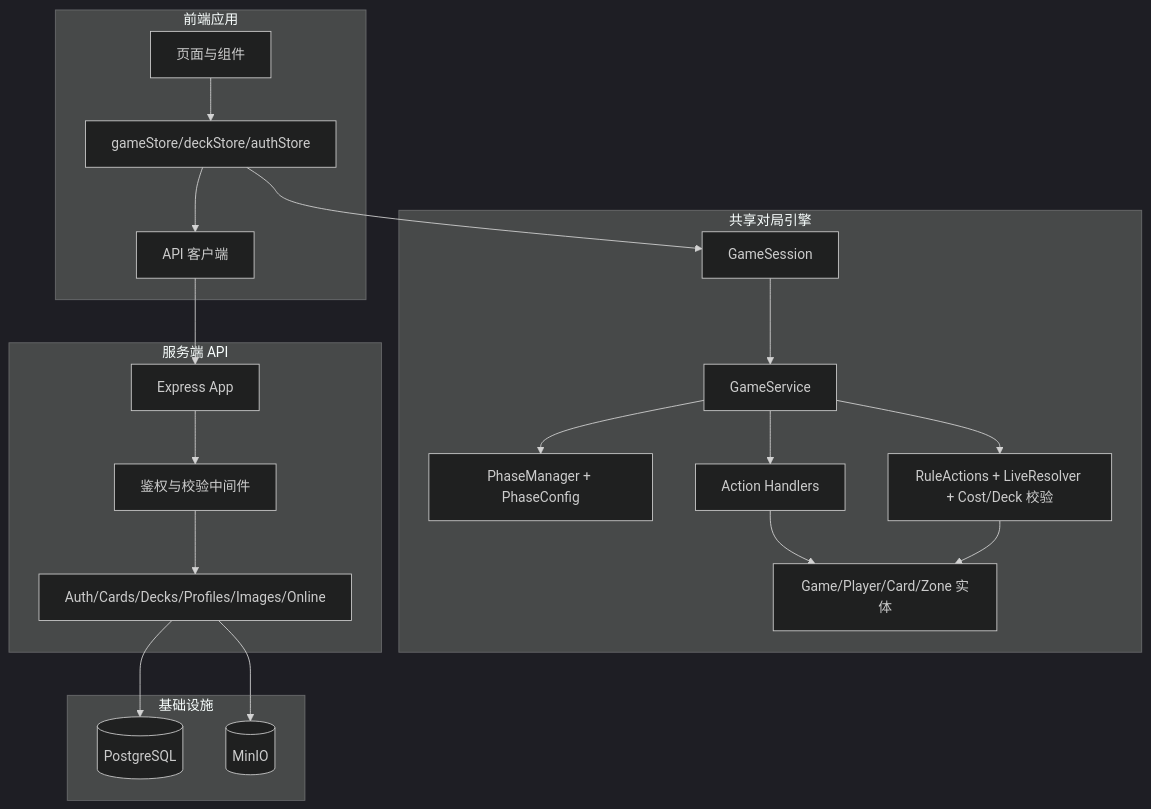
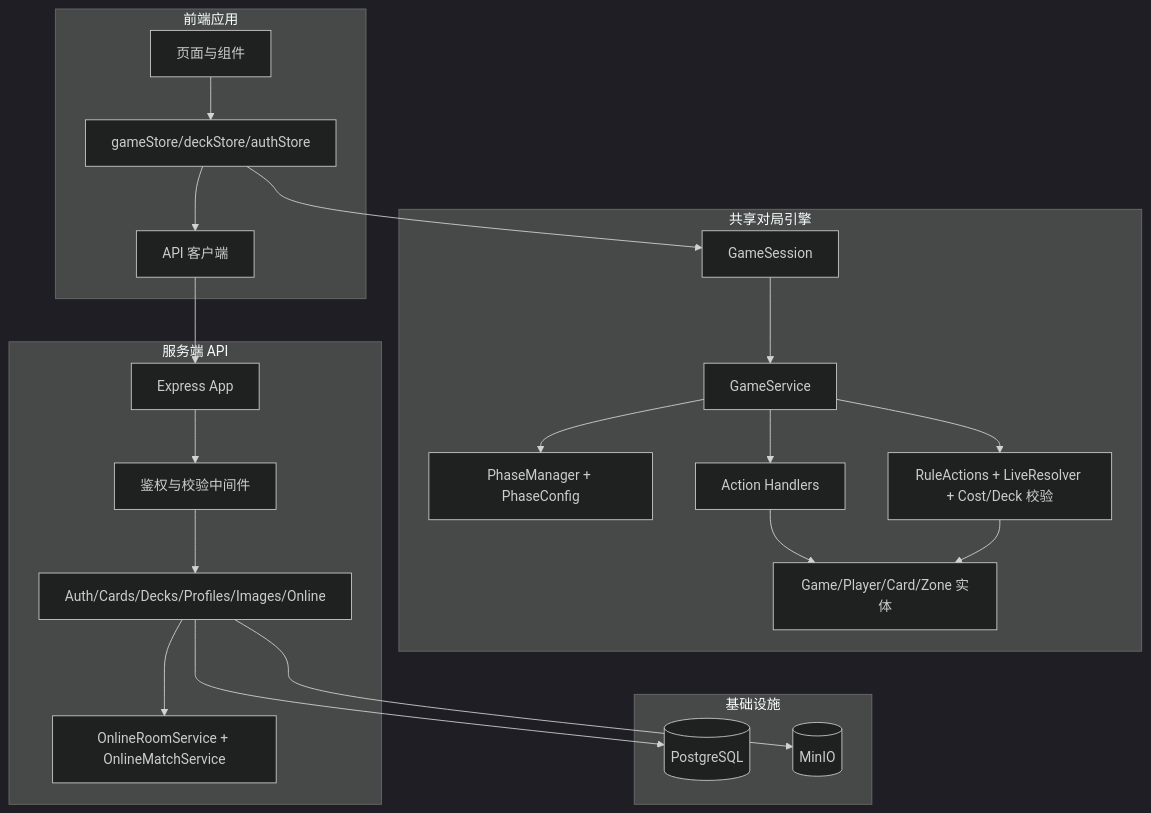
Before and after one commit to catmeow123456/loveca-dev: the first of 9 diagrams in game_system_design.md, drawn with Mermaid (dark theme). The commit also changed other lines of this file and 17 other files, not shown here.

````diff
--- a/game_system_design.md
+++ b/game_system_design.md
@@ -29,44 +29,46 @@
 ```mermaid
 graph TB
     subgraph Client[前端应用]
         UI[页面与组件]
         GS[gameStore/deckStore/authStore]
         APIClient[API 客户端]
     end
 
     subgraph Engine[共享对局引擎]
         Session[GameSession]
         Service[GameService]
         Phase[PhaseManager + PhaseConfig]
         Handlers[Action Handlers]
         Rules[RuleActions + LiveResolver + Cost/Deck 校验]
         Domain[Game/Player/Card/Zone 实体]
     end
 
     subgraph Server[服务端 API]
         App[Express App]
         Routes[Auth/Cards/Decks/Profiles/Images/Online]
         Middleware[鉴权与校验中间件]
+        OnlineSvc[OnlineRoomService + OnlineMatchService]
     end
 
     subgraph Infra[基础设施]
         PG[(PostgreSQL)]
         MinIO[(MinIO)]
     end
 
     UI --> GS
     GS --> Session
     Session --> Service
     Service --> Phase
     Service --> Handlers
     Service --> Rules
     Handlers --> Domain
     Rules --> Domain
 
     GS --> APIClient
     APIClient --> App
     App --> Middleware
     Middleware --> Routes
+    Routes --> OnlineSvc
     Routes --> PG
     Routes --> MinIO
 ```
````
